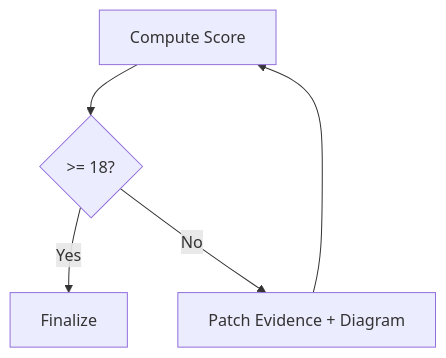
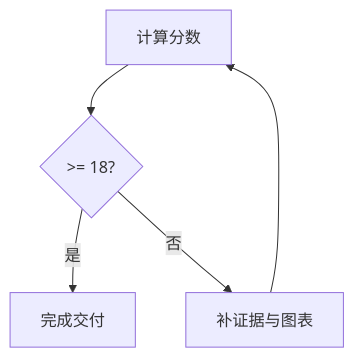
The diagram in templates/09-quality-scorecard.md (WangXianan456/repo-global-map), drawn with Mermaid before and after one commit. The commit also changed other lines of this file and 16 other files, not shown here.

````diff
--- a/templates/09-quality-scorecard.md
+++ b/templates/09-quality-scorecard.md
@@ -42,7 +42,7 @@
 ```mermaid
 flowchart TD
-Score[Compute Score] --> Pass{>= 18?}
-Pass -->|Yes| Done[Finalize]
-Pass -->|No| Iterate[Patch Evidence + Diagram]
+Score[计算分数] --> Pass{>= 18?}
+Pass -->|是| Done[完成交付]
+Pass -->|否| Iterate[补证据与图表]
 Iterate --> Score
 ```
````
